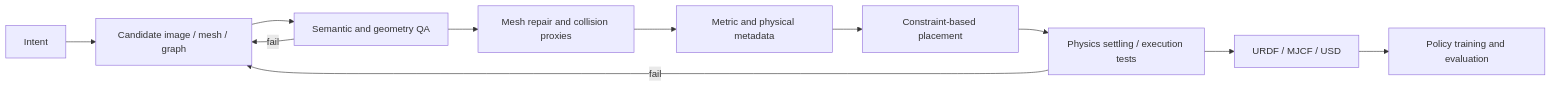
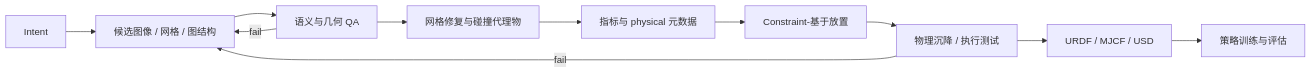
The diagram in wiki/concepts/SimulationReady3DWorldGeneration.md (niuverse/llm-wiki), drawn with Mermaid before and after one commit. The commit also changed other lines of this file and 123 other files, not shown here.

````diff
--- a/wiki/concepts/SimulationReady3DWorldGeneration.md
+++ b/wiki/concepts/SimulationReady3DWorldGeneration.md
@@ -37,13 +37,13 @@
 ```mermaid
 flowchart LR
-  U[Intent] --> C[Candidate image / mesh / graph]
-  C --> Q[Semantic and geometry QA]
+  U[Intent] --> C[候选图像 / 网格 / 图结构]
+  C --> Q[语义与几何 QA]
   Q -->|fail| C
-  Q --> R[Mesh repair and collision proxies]
-  R --> M[Metric and physical metadata]
-  M --> P[Constraint-based placement]
-  P --> S[Physics settling / execution tests]
+  Q --> R[网格修复与碰撞代理物]
+  R --> M[指标与 physical 元数据]
+  M --> P[Constraint-基于放置]
+  P --> S[物理沉降 / 执行测试]
   S -->|fail| C
   S --> E[URDF / MJCF / USD]
-  E --> L[Policy training and evaluation]
+  E --> L[策略训练与评估]
 ```
````
